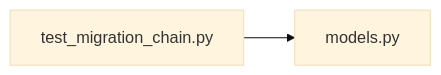
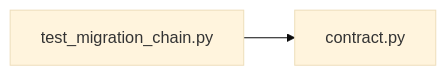
One commit to minkong-dev/Banblit changed the diagram in .cluedoc/graph/backend/tests/integration/db/test_migration_chain.md. Above: the diagram before and after it, drawn with Mermaid (base theme). The commit also changed other lines of this file and 48 other files, not shown here.

First line of the commit message:
backend: split file storage into its own module and keep shared literals in contract

````diff
--- a/.cluedoc/graph/backend/tests/integration/db/test_migration_chain.md
+++ b/.cluedoc/graph/backend/tests/integration/db/test_migration_chain.md
@@ -10,5 +10,5 @@
 ```mermaid
 flowchart LR
   backend_tests_integration_db_test_migration_chain["test_migration_chain.py"]
-  backend_tests_integration_db_test_migration_chain --> backend_src_backend_db_models["models.py"]
+  backend_tests_integration_db_test_migration_chain --> backend_src_backend_contract["contract.py"]
 ```
````
